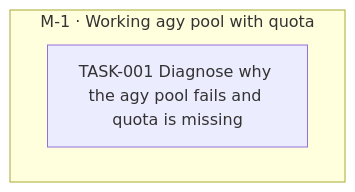
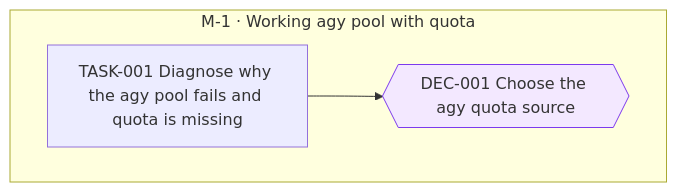
One commit to jesusvillota/shunt changed the diagram in goals/agy-pool/README.md. Above: the diagram before and after it, drawn with Mermaid. The commit also changed 1 other file, not shown here.

Commit message:
goal(agy-pool): add DEC-001 Choose the agy quota source

````diff
--- a/goals/agy-pool/README.md
+++ b/goals/agy-pool/README.md
@@ -19,9 +19,12 @@
 ```mermaid
 flowchart TD
   subgraph M_1["M-1 · Working agy pool with quota"]
+    DEC_001{{"DEC-001 Choose the agy quota source"}}
     TASK_001["TASK-001 Diagnose why the agy pool fails and quota is missing"]
   end
+  TASK_001 --> DEC_001
   classDef draft stroke-dasharray: 4 3
   classDef cancelled opacity:0.45
   classDef decision fill:#f3e8ff,stroke:#7c3aed
+  class DEC_001 decision
 ```
````
